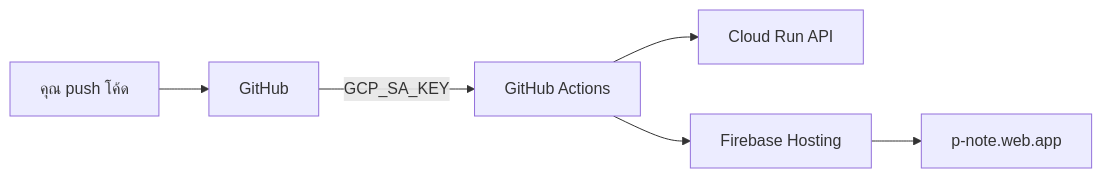
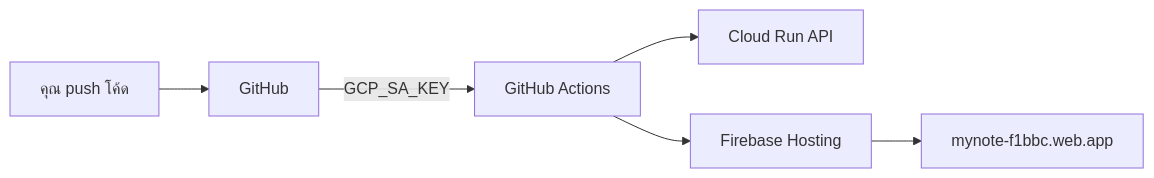
The diagram in docs/GOOGLE_API_AUTOMATION.md (yohaken/P-Note), drawn with Mermaid before and after one commit. The commit also changed other lines of this file and 28 other files, not shown here.

First line of the commit message:
migrate Firebase/GCP from MyPeer to MyNote (mynote-f1bbc)

````diff
--- a/docs/GOOGLE_API_AUTOMATION.md
+++ b/docs/GOOGLE_API_AUTOMATION.md
@@ -12,8 +12,8 @@
 ```mermaid
 flowchart LR
     You["คุณ push โค้ด"] --> GH["GitHub"]
     GH -->|"GCP_SA_KEY"| GHA["GitHub Actions"]
     GHA --> CR["Cloud Run API"]
     GHA --> FH["Firebase Hosting"]
-    FH --> App["p-note.web.app"]
+    FH --> App["mynote-f1bbc.web.app"]
 ```
````
